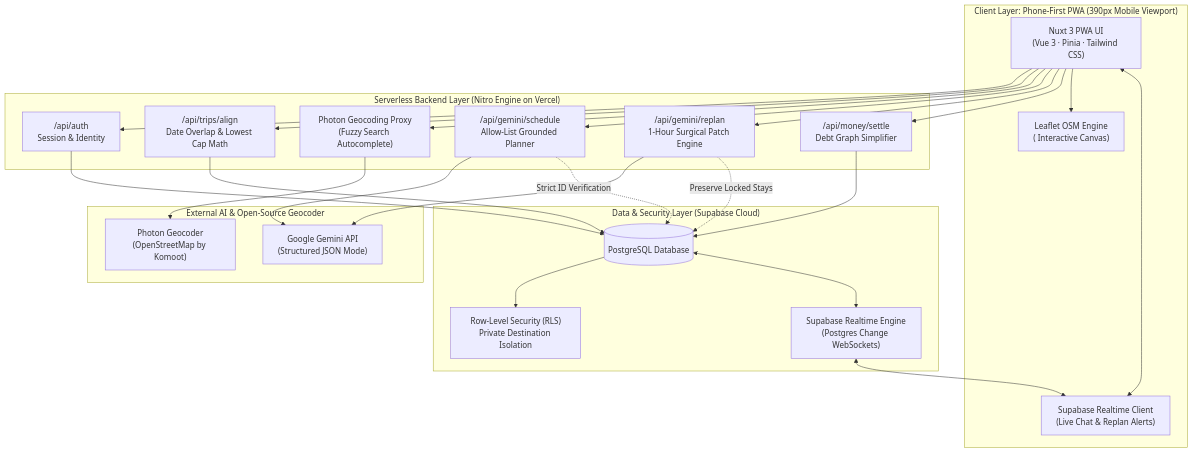
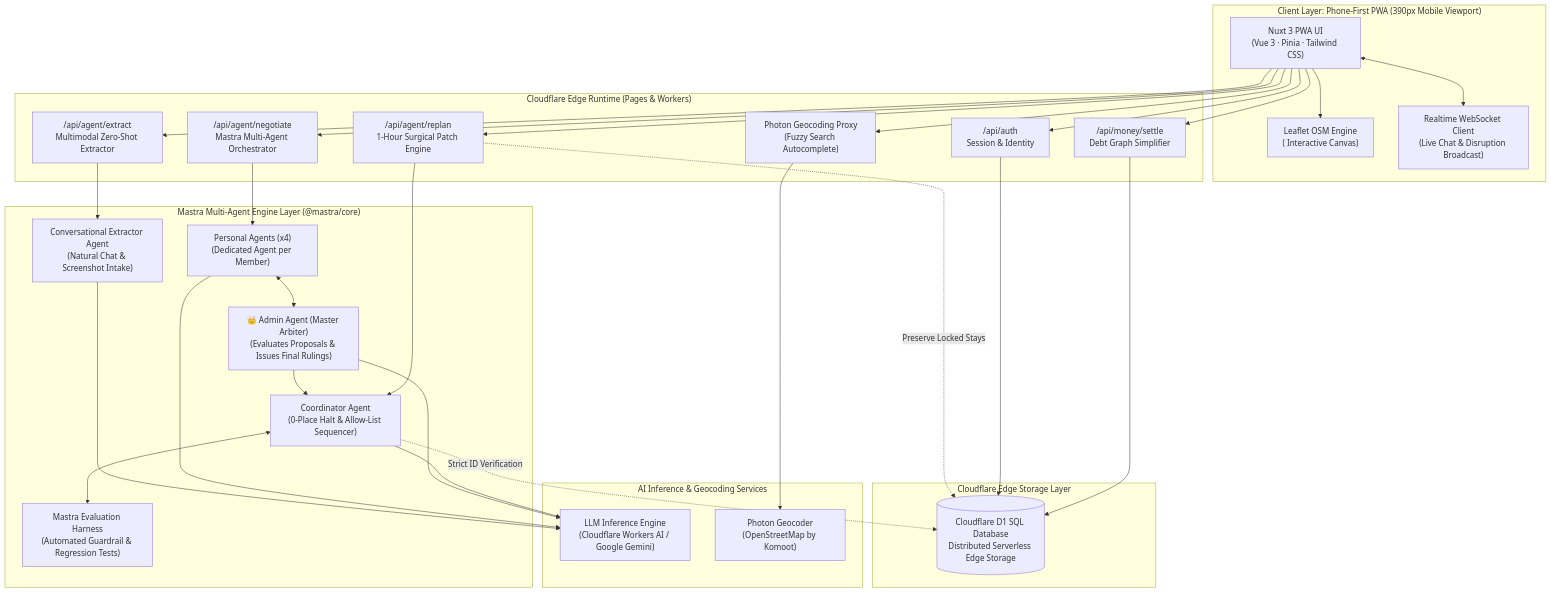
One commit to nlzce/We-are-the-champions_Plan-B changed diagram 21 of 21 in README.md. Above: the diagram before and after it, drawn with Mermaid. The commit also changed other lines of this file, not shown here.

Commit message:
docs: update README with multi-agent architecture, 22-screen journey, and zero-form intake

````diff
--- a/README.md
+++ b/README.md
@@ -530,51 +778,61 @@
 ```mermaid
 flowchart TD
   subgraph CLIENT["Client Layer: Phone-First PWA (390px Mobile Viewport)"]
     UI["Nuxt 3 PWA UI<br/>(Vue 3 · Pinia · Tailwind CSS)"]
     MapClient["Leaflet OSM Engine<br/>(<ClientOnly> Interactive Canvas)"]
-    RTClient["Supabase Realtime Client<br/>(Live Chat & Replan Alerts)"]
+    RTClient["Realtime WebSocket Client<br/>(Live Chat & Disruption Broadcast)"]
   end
 
-  subgraph SERVER["Serverless Backend Layer (Nitro Engine on Vercel)"]
+  subgraph EDGE["Cloudflare Edge Runtime (Pages & Workers)"]
     AuthRoute["/api/auth<br/>Session & Identity"]
-    AlignRoute["/api/trips/align<br/>Date Overlap & Lowest Cap Math"]
+    ExtractRoute["/api/agent/extract<br/>Multimodal Zero-Shot Extractor"]
+    AgentRoute["/api/agent/negotiate<br/>Mastra Multi-Agent Orchestrator"]
+    ReplanRoute["/api/agent/replan<br/>1-Hour Surgical Patch Engine"]
     GeoRoute["Photon Geocoding Proxy<br/>(Fuzzy Search Autocomplete)"]
-    GeminiRoute["/api/gemini/schedule<br/>Allow-List Grounded Planner"]
-    ReplanRoute["/api/gemini/replan<br/>1-Hour Surgical Patch Engine"]
     DebtRoute["/api/money/settle<br/>Debt Graph Simplifier"]
   end
 
-  subgraph STORAGE["Data & Security Layer (Supabase Cloud)"]
-    DB[(PostgreSQL Database)]
-    RLS["Row-Level Security (RLS)<br/>Private Destination Isolation"]
-    RTServer["Supabase Realtime Engine<br/>(Postgres Change WebSockets)"]
+  subgraph MASTRA["Mastra Multi-Agent Engine Layer (@mastra/core)"]
+    ExtractAgent["Conversational Extractor Agent<br/>(Natural Chat & Screenshot Intake)"]
+    PersonalAgents["Personal Agents (x4)<br/>(Dedicated Agent per Member)"]
+    AdminAgent["👑 Admin Agent (Master Arbiter)<br/>(Evaluates Proposals & Issues Final Rulings)"]
+    CoordAgent["Coordinator Agent<br/>(0-Place Halt & Allow-List Sequencer)"]
+    EvalHarness["Mastra Evaluation Harness<br/>(Automated Guardrail & Regression Tests)"]
   end
 
-  subgraph EXTERNAL["External AI & Open-Source Geocoder"]
-    GeminiAPI["Google Gemini API<br/>(Structured JSON Mode)"]
+  subgraph STORAGE["Cloudflare Edge Storage Layer"]
+    D1[(Cloudflare D1 SQL Database<br/>Distributed Serverless Edge Storage)]
+  end
+
+  subgraph EXTERNAL["AI Inference & Geocoding Services"]
+    LLM["LLM Inference Engine<br/>(Cloudflare Workers AI / Google Gemini)"]
     PhotonAPI["Photon Geocoder<br/>(OpenStreetMap by Komoot)"]
   end
 
   UI --> AuthRoute
-  UI --> AlignRoute
-  UI --> GeoRoute
-  UI --> GeminiRoute
+  UI --> ExtractRoute
+  UI --> AgentRoute
   UI --> ReplanRoute
   UI --> DebtRoute
+  UI --> GeoRoute
   UI --> MapClient
   UI <--> RTClient
 
+  ExtractRoute --> ExtractAgent
+  AgentRoute --> PersonalAgents
+  PersonalAgents <--> AdminAgent
+  AdminAgent --> CoordAgent
+  ReplanRoute --> CoordAgent
+  CoordAgent <--> EvalHarness
+
+  ExtractAgent --> LLM
+  PersonalAgents --> LLM
+  AdminAgent --> LLM
+  CoordAgent --> LLM
   GeoRoute --> PhotonAPI
-  GeminiRoute --> GeminiAPI
-  ReplanRoute --> GeminiAPI
 
-  GeminiRoute -.->|Strict ID Verification| DB
-  ReplanRoute -.->|Preserve Locked Stays| DB
-
-  AuthRoute --> DB
-  AlignRoute --> DB
-  DebtRoute --> DB
-  DB --> RLS
-  DB <--> RTServer
-  RTServer <--> RTClient
+  CoordAgent -.->|Strict ID Verification| D1
+  ReplanRoute -.->|Preserve Locked Stays| D1
+  AuthRoute --> D1
+  DebtRoute --> D1
 ```
````
